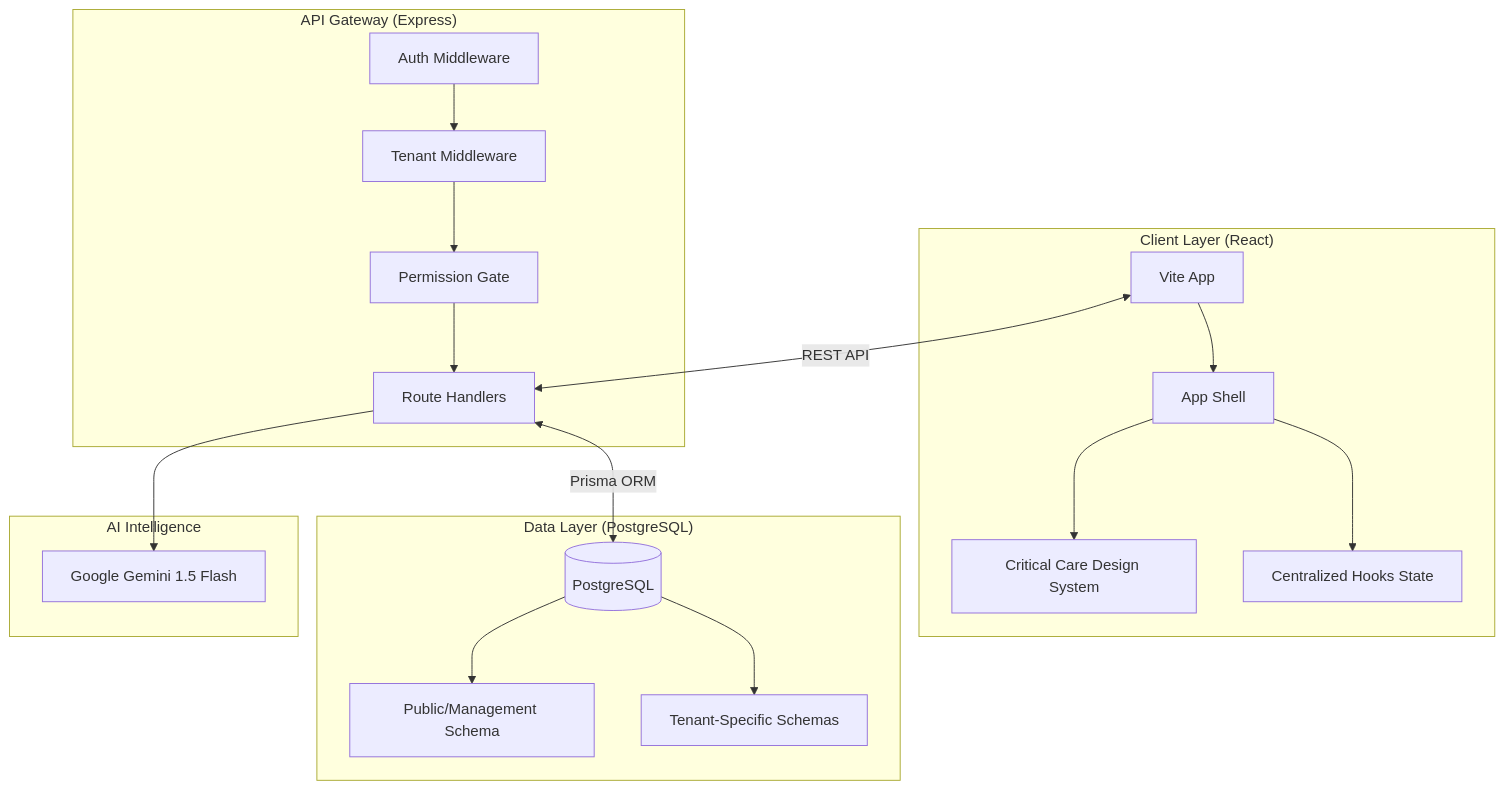
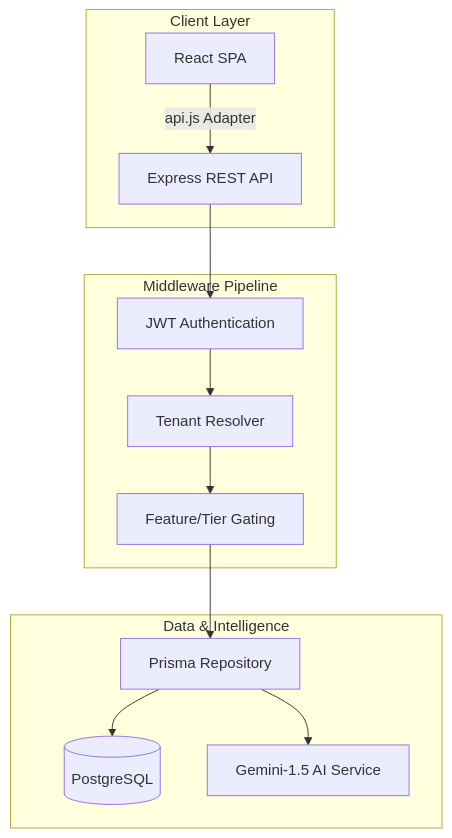
Before and after one commit to selva-aiprojects/emr-app: the diagram in Docs/TECHNICAL_DESIGN.md, drawn with Mermaid. The commit also changed other lines of this file and 39 other files, not shown here.

````diff
--- a/Docs/TECHNICAL_DESIGN.md
+++ b/Docs/TECHNICAL_DESIGN.md
@@ -6,27 +33,18 @@
 ```mermaid
 graph TD
-    subgraph "Client Layer (React)"
-        V[Vite App] --> App[App Shell]
-        App --> DS[Critical Care Design System]
-        App --> State[Centralized Hooks State]
+    subgraph "Client Layer"
+        FE[React SPA] -->|api.js Adapter| API[Express REST API]
     end
-
-    subgraph "API Gateway (Express)"
-        Auth[Auth Middleware] --> Tenant[Tenant Middleware]
-        Tenant --> Perm[Permission Gate]
-        Perm --> Route[Route Handlers]
+    
+    subgraph "Middleware Pipeline"
+        API --> AUTH[JWT Authentication]
+        AUTH --> TENANT[Tenant Resolver]
+        TENANT --> GATE[Feature/Tier Gating]
     end
-
-    subgraph "Data Layer (PostgreSQL)"
-        DB[(PostgreSQL)] --> Management[Public/Management Schema]
-        DB --> Tenant_Data[Tenant-Specific Schemas]
+    
+    subgraph "Data & Intelligence"
+        GATE --> REPO[Prisma Repository]
+        REPO --> DB[(PostgreSQL)]
+        REPO --> AI[Gemini-1.5 AI Service]
     end
-
-    subgraph "AI Intelligence"
-        Gemini[Google Gemini 1.5 Flash]
-    end
-
-    V <-->|REST API| Route
-    Route <-->|Prisma ORM| DB
-    Route --> Gemini
 ```
````
